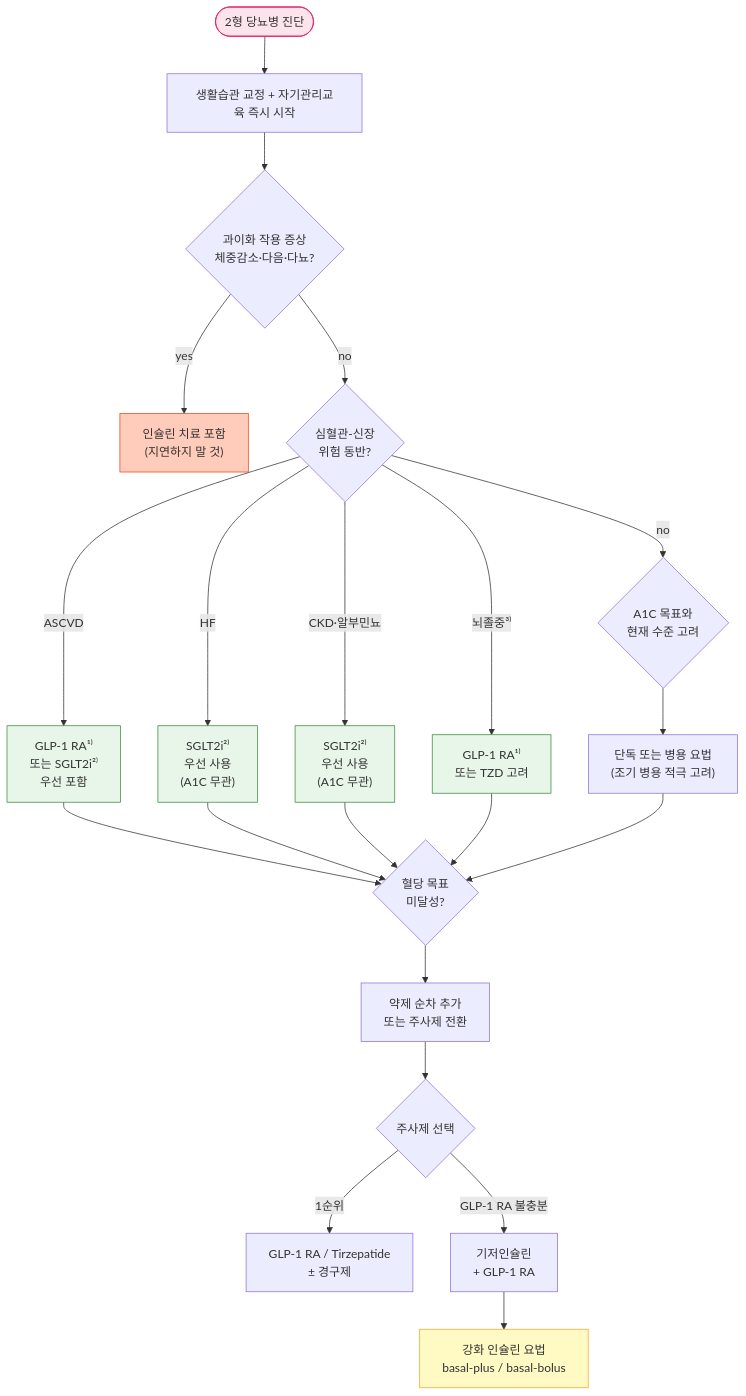
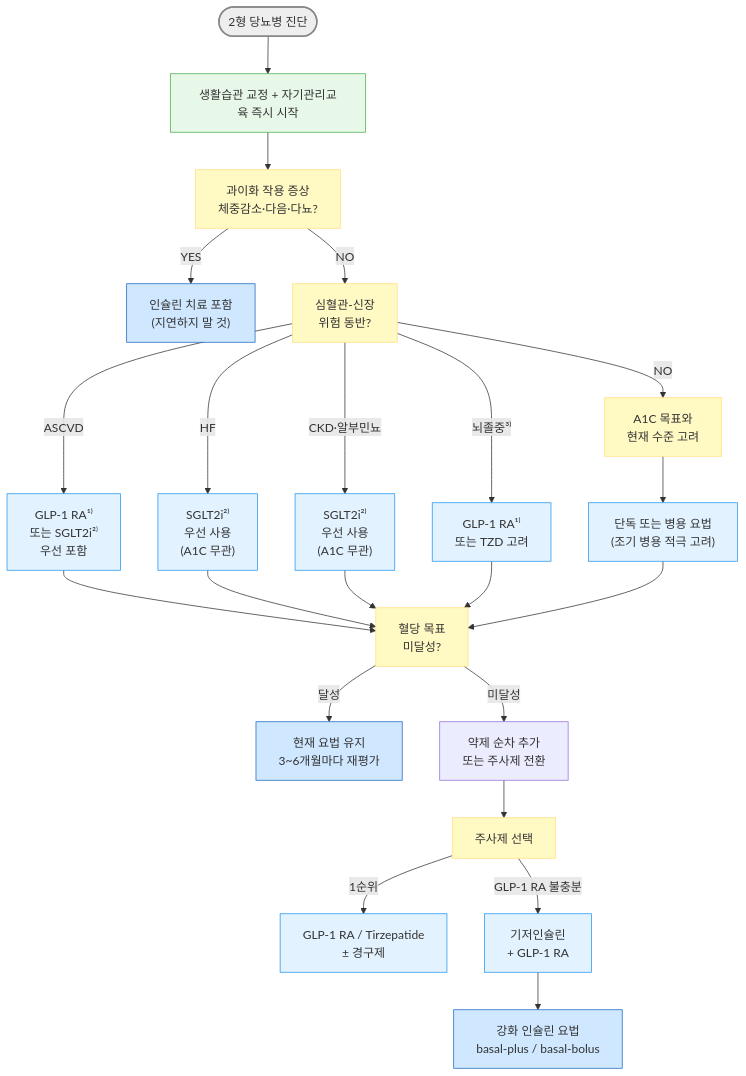
The diagram in 226_/101_.md (familyoh77/familyoh77), drawn with Mermaid before and after one commit.

Commit message:
GITBOOK-1159: No subject

````diff
--- a/226_/101_.md
+++ b/226_/101_.md
@@ -56,34 +56,33 @@
 ```mermaid
 flowchart TD
     A([2형 당뇨병 진단]) --> B[생활습관 교정 + 자기관리교육 즉시 시작]
-    B --> C{과이화 작용 증상\n체중감소·다음·다뇨?}
-    C -->|yes| INS["인슐린 치료 포함\n(지연하지 말 것)"]
-    C -->|no| D{심혈관-신장\n위험 동반?}
-
+    B --> C[과이화 작용 증상\n체중감소·다음·다뇨?]
+    C -->|YES| INS["인슐린 치료 포함\n(지연하지 말 것)"]
+    C -->|NO| D[심혈관-신장\n위험 동반?]
     D -->|ASCVD| E["GLP-1 RA¹⁾\n또는 SGLT2i²⁾\n우선 포함"]
     D -->|HF| F["SGLT2i²⁾\n우선 사용\n(A1C 무관)"]
     D -->|CKD·알부민뇨| G["SGLT2i²⁾\n우선 사용\n(A1C 무관)"]
     D -->|뇌졸중³⁾| STR["GLP-1 RA¹⁾\n또는 TZD 고려"]
-    D -->|no| H{A1C 목표와\n현재 수준 고려}
-
+    D -->|NO| H[A1C 목표와\n현재 수준 고려]
     H --> J["단독 또는 병용 요법\n(조기 병용 적극 고려)"]
-    E --> K{혈당 목표\n미달성?}
-    F --> K
-    G --> K
-    STR --> K
-    J --> K
-
-    K --> L["약제 순차 추가\n또는 주사제 전환"]
-    L --> M{주사제 선택}
+ E --> K[혈당 목표\n미달성?]
+ F --> K
+ G --> K
+ STR --> K
+ J --> K
+ K -->|달성| MAINTAIN["현재 요법 유지\n3~6개월마다 재평가"]
+ K -->|미달성| L["약제 순차 추가\n또는 주사제 전환"]
+    L --> M[주사제 선택]
     M -->|"1순위"| N["GLP-1 RA / Tirzepatide\n± 경구제"]
     M -->|"GLP-1 RA 불충분"| O["기저인슐린\n+ GLP-1 RA"]
     O --> P["강화 인슐린 요법\nbasal-plus / basal-bolus"]
 
-    style A fill:#fce4ec,stroke:#e91e63
-    style INS fill:#ffccbc,stroke:#e64a19
-    style E fill:#e8f5e9,stroke:#388e3c
-    style F fill:#e8f5e9,stroke:#388e3c
-    style G fill:#e8f5e9,stroke:#388e3c
-    style STR fill:#e8f5e9,stroke:#388e3c
-    style P fill:#fff9c4,stroke:#f9a825
+style A fill:#eeeeee,stroke:#888888,stroke-width:2px
+style B fill:#e8f8e8,stroke:#4caf50
+classDef sky fill:#e3f2ff,stroke:#2196f3
+class E,F,G,STR,N,O,J sky
+classDef yellow fill:#fff9c4,stroke:#ffe082
+class C,D,H,M,K yellow
+classDef blue fill:#d0e8ff,stroke:#1a6abf
+class INS,P,MAINTAIN blue
 ```
````
